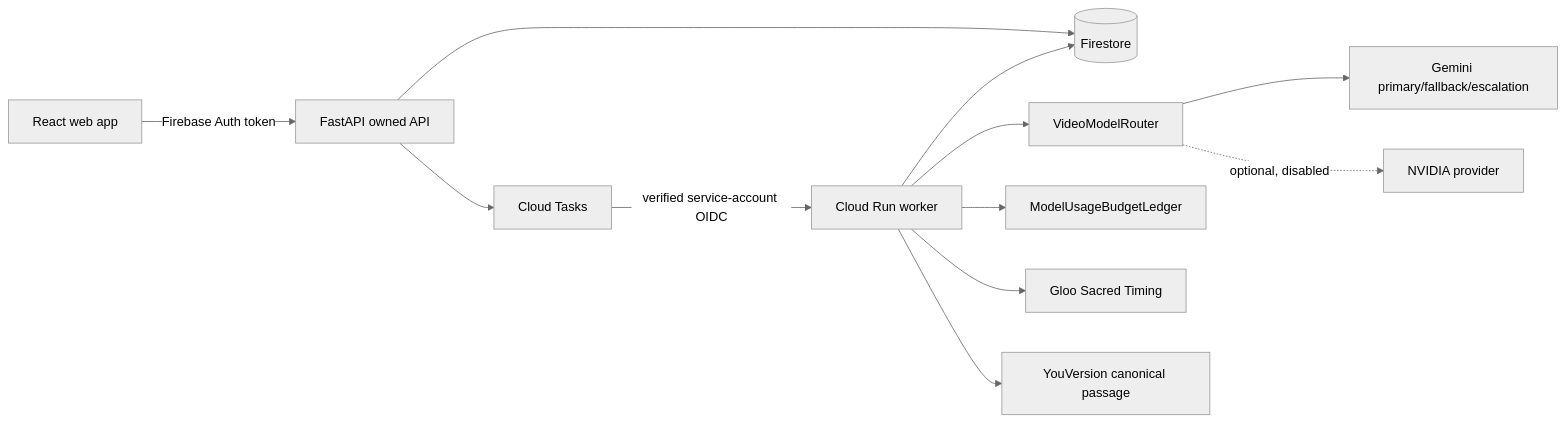
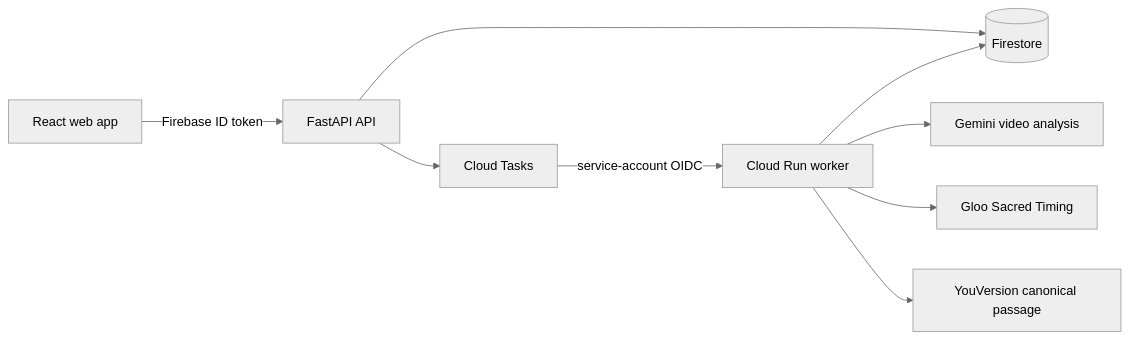
Before and after one commit to PrathmeshAdsod/STILL-Scriptures: the diagram in README.md, drawn with Mermaid (neutral theme). The commit also changed other lines of this file and 11 other files, not shown here.

````diff
--- a/README.md
+++ b/README.md
@@ -62,14 +61,11 @@
 ```mermaid
 flowchart LR
-  W[React web app] -->|Firebase Auth token| A[FastAPI owned API]
+  W[React web app] -->|Firebase ID token| A[FastAPI API]
   A --> F[(Firestore)]
   A --> T[Cloud Tasks]
-  T -->|verified service-account OIDC| R[Cloud Run worker]
-  R --> M[VideoModelRouter]
-  M --> G[Gemini primary/fallback/escalation]
-  M -. optional, disabled .-> N[NVIDIA provider]
-  R --> L[ModelUsageBudgetLedger]
-  R --> Q[Gloo Sacred Timing]
+  T -->|service-account OIDC| R[Cloud Run worker]
+  R --> M[Gemini video analysis]
+  R --> G[Gloo Sacred Timing]
   R --> Y[YouVersion canonical passage]
   R --> F
 ```
````
